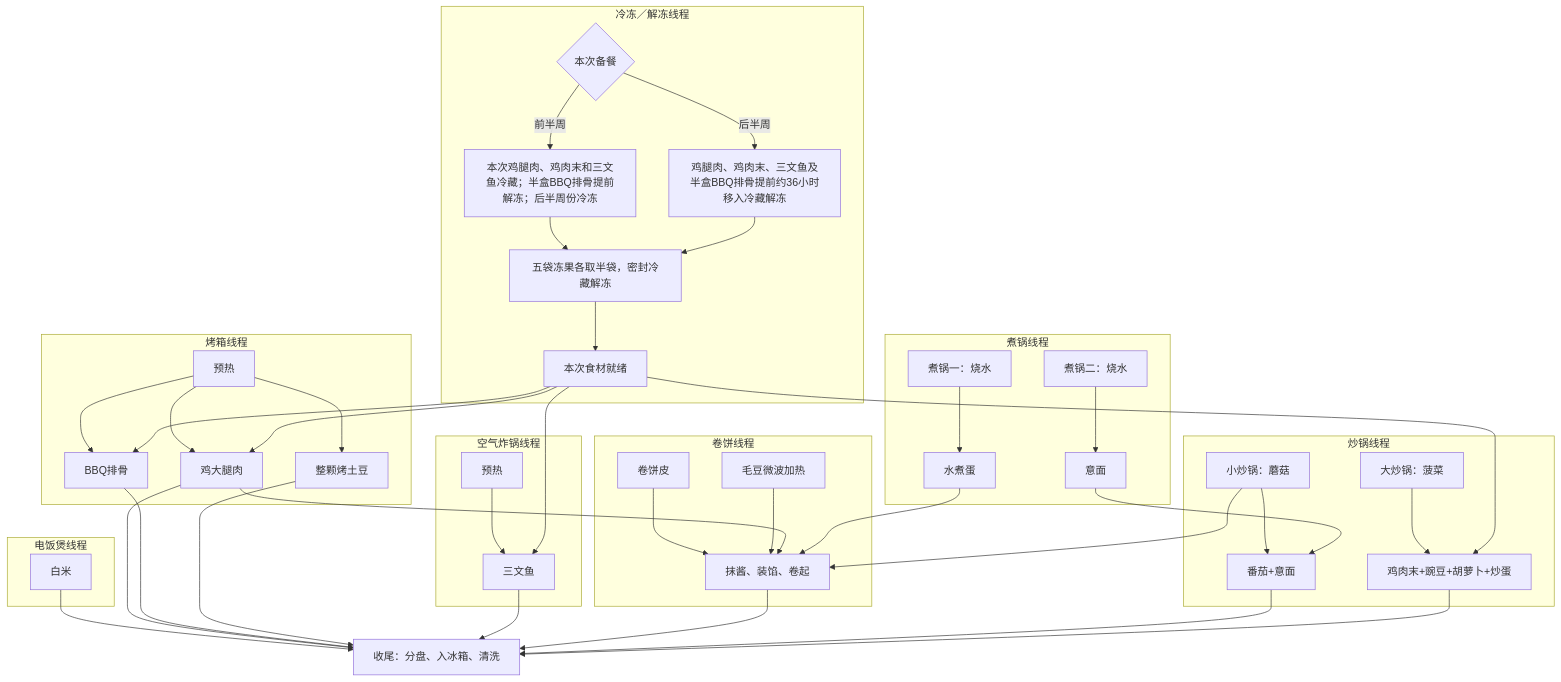
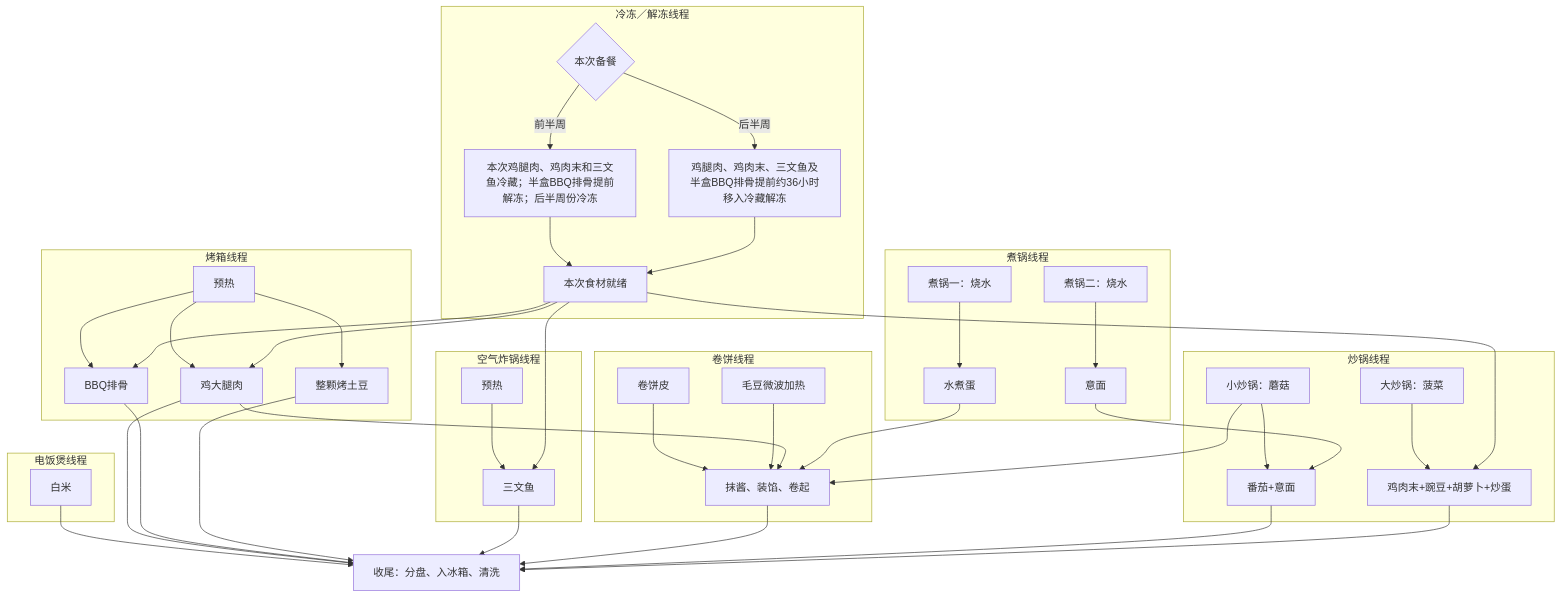
Before and after one commit to yunhaixiang/yhmath: the diagram in content/posts/healthy-eating-plan.md, drawn with Mermaid. The commit also changed other lines of this file and 3 other files, not shown here.

````diff
--- a/content/posts/healthy-eating-plan.md
+++ b/content/posts/healthy-eating-plan.md
@@ -108,49 +106,48 @@
 ```mermaid
 flowchart TB
     subgraph cold[冷冻／解冻线程]
         C0{本次备餐} -->|前半周| C1[本次鸡腿肉、鸡肉末和三文鱼冷藏；半盒BBQ排骨提前解冻；后半周份冷冻]
         C0 -->|后半周| C2[鸡腿肉、鸡肉末、三文鱼及半盒BBQ排骨提前约36小时移入冷藏解冻]
-        C1 --> C4[五袋冻果各取半袋，密封冷藏解冻]
-        C2 --> C4
-        C4 --> C3[本次食材就绪]
+        C1 --> C3[本次食材就绪]
+        C2 --> C3
     end
     subgraph rice[电饭煲线程]
         SR[白米]
     end
     subgraph oven[烤箱线程]
         SO0[预热] --> SO2[鸡大腿肉]
         SO0 --> SO3[整颗烤土豆]
         SO0 --> SO1[BBQ排骨]
     end
     subgraph air[空气炸锅线程]
         SA0[预热] --> SA1[三文鱼]
     end
     subgraph pots[煮锅线程]
         SP0[煮锅一：烧水] --> SP2[水煮蛋]
         SP3[煮锅二：烧水] --> SP1[意面]
     end
     subgraph woks[炒锅线程]
         SW1[小炒锅：蘑菇] --> SW3[番茄+意面]
         SW2[大炒锅：菠菜] --> SW4[鸡肉末+豌豆+胡萝卜+炒蛋]
     end
     subgraph wraps[卷饼线程]
         ST[卷饼皮] --> ST1[抹酱、装馅、卷起]
         ST2[毛豆微波加热] --> ST1
     end
     C3 --> SO2
     C3 --> SO1
     C3 --> SA1
     C3 --> SW4
     SR --> SF
     SP1 --> SW3
     SO2 --> SF[收尾：分盘、入冰箱、清洗]
     SO2 --> ST1
     SO1 --> SF
     SO3 --> SF
     SA1 --> SF
     SP2 --> ST1
     SW1 --> ST1
     ST1 --> SF
     SW3 --> SF
     SW4 --> SF
 ```
````
